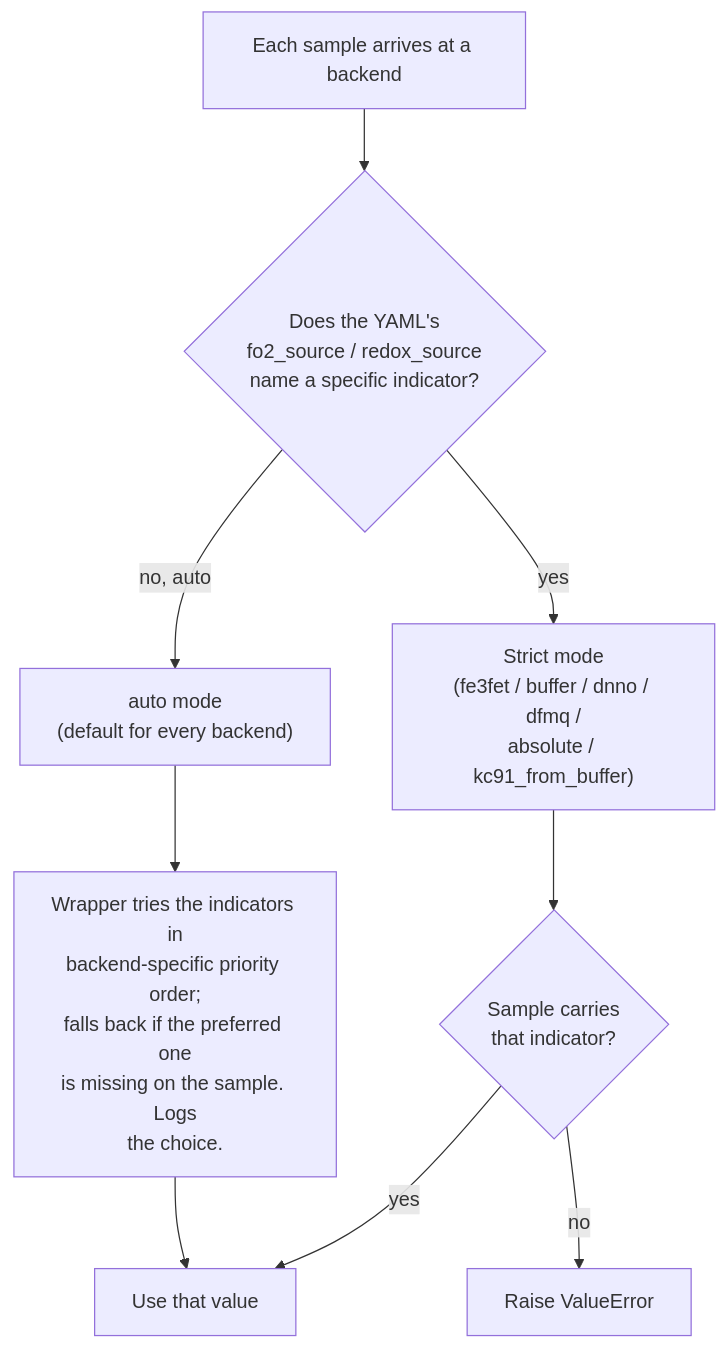
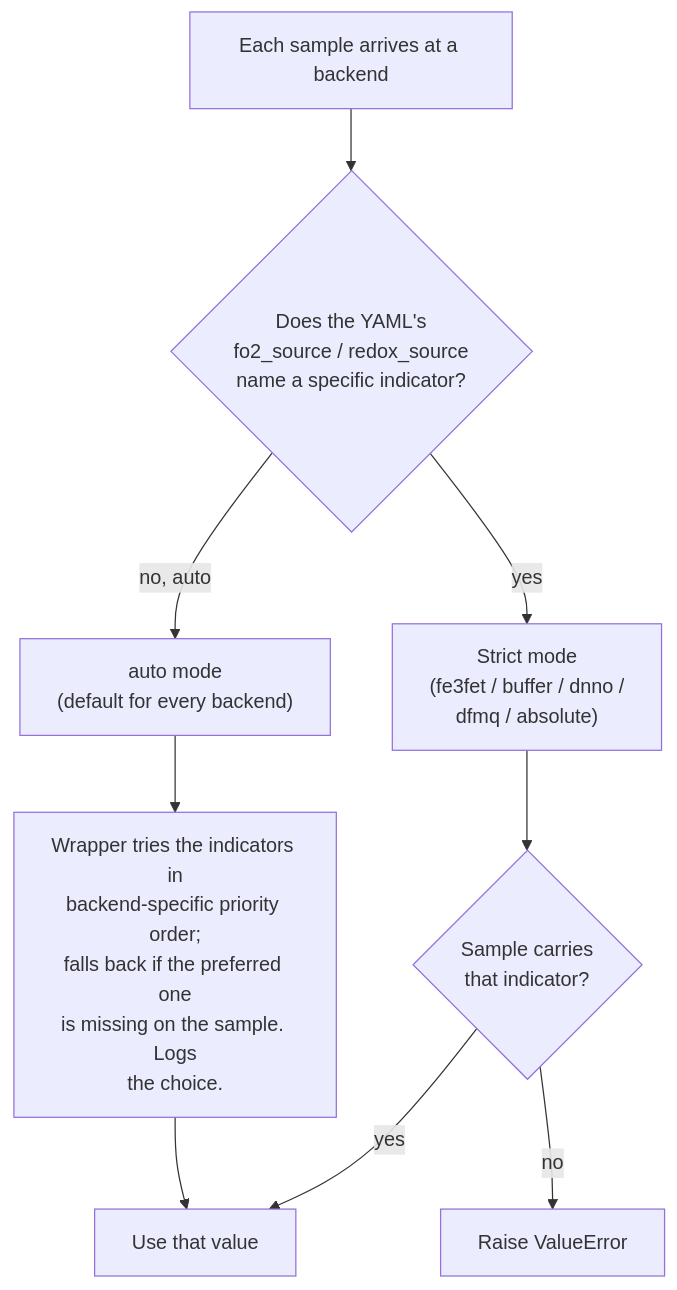
One commit to kaylai/volcatenate changed the second of 2 diagrams in docs/config_options.md. Above: the diagram before and after it, drawn with Mermaid. The commit also changed other lines of this file and 11 other files, not shown here.

````diff
--- a/docs/config_options.md
+++ b/docs/config_options.md
@@ -910,17 +906,17 @@
 ```{mermaid}
 flowchart TD
     Start["Each sample arrives at a backend"]
     Q1{"Does the YAML's<br/>fo2_source / redox_source<br/>name a specific indicator?"}
-    Strict["Strict mode<br/>(fe3fet / buffer / dnno / dfmq /<br/>absolute / kc91_from_buffer)"]
+    Strict["Strict mode<br/>(fe3fet / buffer / dnno /<br/>dfmq / absolute)"]
     SAvail{"Sample carries<br/>that indicator?"}
     Auto["auto mode<br/>(default for every backend)"]
     Cascade["Wrapper tries the indicators in<br/>backend-specific priority order;<br/>falls back if the preferred one<br/>is missing on the sample. Logs<br/>the choice."]
     Use["Use that value"]
     Raise["Raise ValueError"]
 
     Start --> Q1
     Q1 -- "yes" --> Strict --> SAvail
     Q1 -- "no, auto" --> Auto --> Cascade --> Use
     SAvail -- "yes" --> Use
     SAvail -- "no" --> Raise
 ```
````
